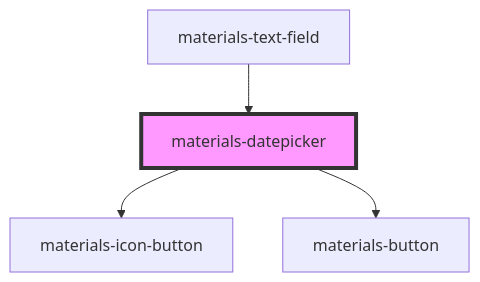
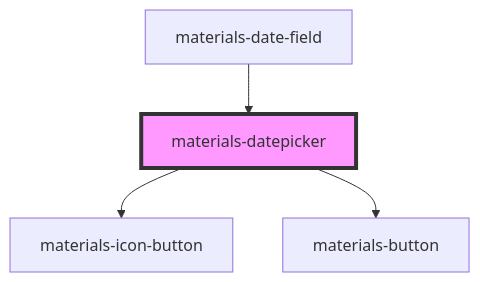
The diagram in packages/materials/src/components/datepicker/readme.md (GMV-centravet/materials-elements), drawn with Mermaid before and after one commit. The commit also changed other lines of this file and 22 other files, not shown here.

````diff
--- a/packages/materials/src/components/datepicker/readme.md
+++ b/packages/materials/src/components/datepicker/readme.md
@@ -38,7 +39,7 @@
 ```mermaid
 graph TD;
   materials-datepicker --> materials-icon-button
   materials-datepicker --> materials-button
-  materials-text-field --> materials-datepicker
+  materials-date-field --> materials-datepicker
   style materials-datepicker fill:#f9f,stroke:#333,stroke-width:4px
 ```
````
